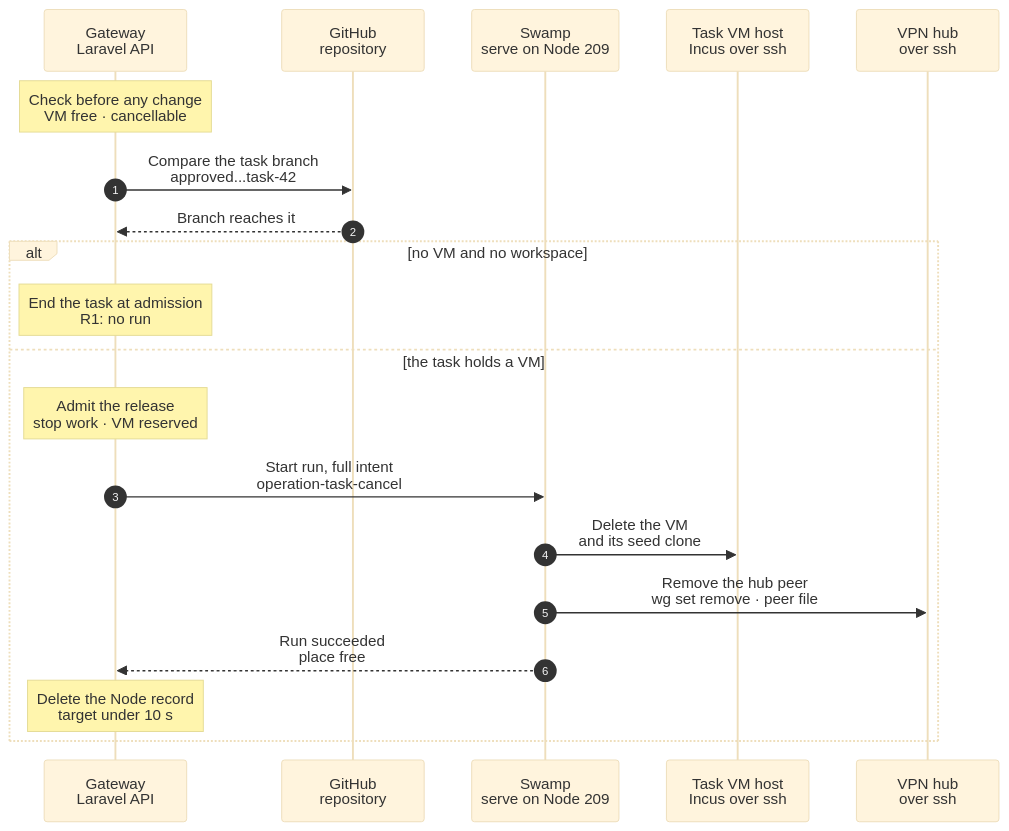
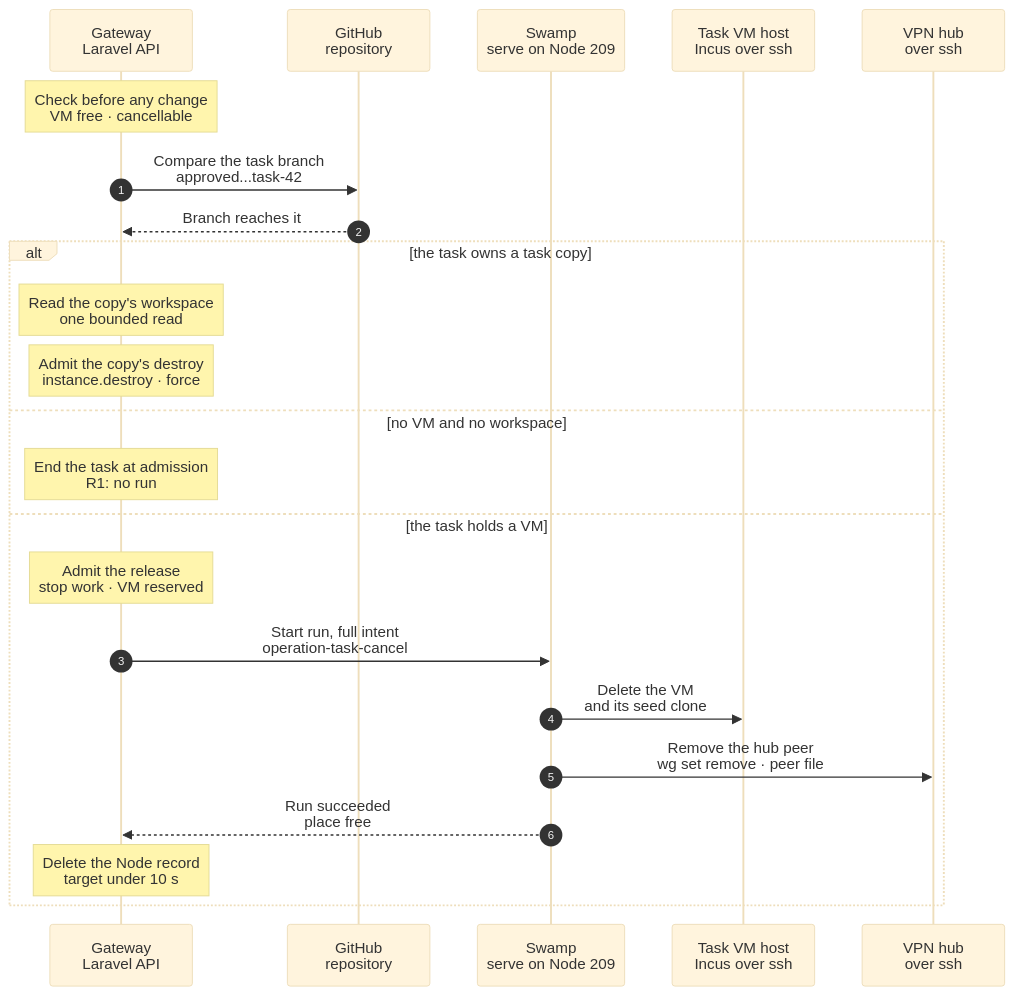
One commit to hardimpactdev/orbit changed the diagram in docs/cli/task/cancel.mmd. Above: the diagram before and after it, drawn with Mermaid (base theme). The commit also changed 6 other files, not shown here.

Commit message:
docs(tasks): a task of a nested-fleet Project starts as a copy of its default

```diff
--- a/docs/cli/task/cancel.mmd
+++ b/docs/cli/task/cancel.mmd
@@ -1,59 +1,72 @@
 sequenceDiagram
   %% Target design (agreed with Nick, 2026-11-07): a task VM and its identity are disposable; the release frees its place. Orchestrator 2026-11-08: keeping approved work is a precondition of the cancel, not a step of it.
+  %% Orchestrator 2026-11-13: a task copy ends through its Instance destroy; the cancel records the copy's unpushed work and does not block on it.
   %% status: draft
   %% command: task:cancel
   %% kind: tasks.cancel
   autonumber
   %% lane GW icon=gateway pill=intent tone=blue
   %% lane GH icon=server pill=target tone=purple
   %% lane SW icon=workflow pill=executes tone=green
   %% lane H icon=server pill=target tone=amber
   %% lane HUB icon=server pill=target tone=purple
   participant GW as Gateway<br/>Laravel API
   participant GH as GitHub<br/>repository
   participant SW as Swamp<br/>serve on Node 209
   participant H as Task VM host<br/>Incus over ssh
   participant HUB as VPN hub<br/>over ssh
   Note over GW: Check before any change<br/>VM free · cancellable
   %%> Requirements:
   %%> - no Operation is open on the group's task VM, such as a resume or an earlier release; otherwise HTTP 409 `operation.target_busy`, naming it
   %%> - the group is cancellable; otherwise `tasks.not_cancellable`
   %%> - every refusal here and in the next step comes before the cancel stops running work, so a refused cancel changes nothing
   GW->>GH: Compare the task branch<br/>approved...task-42
   %%> What it does:
   %%> - resolves the group's latest approved commit: the latest commit Orbit reviewed (ADR 0203), or else the commit of the latest approval
   %%> - reads origin's task branch head and compares it with that commit, with a `contents: read` token
   %%> - only when GitHub answers that the branch does not exist (404) and the group's pull request merged does that pull request's head stand in; the pull request is read with a `pull_requests: read` token
   %%> - skipped when the group has no approval, or holds no workspace and no task VM
   GH-->>GW: Branch reaches it
   %%> Result:
   %%> - otherwise the cancel refuses with HTTP 409 `tasks.approved_work_unpublished`, names the commit and the branch, and admits nothing: run `task:publish` first, which resumes a parked VM
   %%> - every other outcome refuses the same way: a GitHub read that fails, a branch that is gone without a merged pull request
-  alt no VM and no workspace
+  alt the task owns a task copy
+    Note over GW: Read the copy's workspace<br/>one bounded read
+    %%> What it does:
+    %%> - one SSH call to the copy's Node, bounded at 4 s, reads what the copy holds beyond its seed: commits that origin lacks, uncommitted, untracked and stashed files
+    %%> - a stopped or unreachable copy reads `unknown` with its reason; the cancel goes on
+    Note over GW: Admit the copy's destroy<br/>instance.destroy · force
+    %%> Requirements:
+    %%> - no Operation holds the copy, such as its create or an earlier destroy; otherwise HTTP 409 `operation.target_busy`, naming it
+    %%> Result:
+    %%> - the cancel is recorded as succeeded at once (R1); its result names the destroy Operation and holds the workspace read, so unpushed work is never lost without a record
+    %%> - the destroy runs as every Instance destroy does; when it succeeds, the task and its open subtasks are `cancelled` and the task lets go of the copy
+    %%> - when it fails, the task runs on and keeps the copy; the next cancel admits the destroy again
+  else no VM and no workspace
     Note over GW: End the task at admission<br/>R1: no run
     %%> When:
     %%> - the task holds no task VM and no workspace, such as a `todo` task or one that waits for a place; its waiting Operation is cancelled first
     %%> Result:
     %%> - in the admission transaction, the task and its open subtasks are `cancelled` and the Operation is recorded as succeeded; no Swamp run starts (R1)
     %%> - the HTTP 202 already carries the succeeded Operation, so `task:show` reads `cancelled` from then on
   else the task holds a VM
     Note over GW: Admit the release<br/>stop work · VM reserved
     %%> What it does:
     %%> - cancellation takes precedence over the group's capacity wait or running task; cancel that task before acquiring its group lock for cleanup
     %%> - stops the group's running work, then, in one transaction, locks and re-reads the VM, refuses if an Operation opened on it meanwhile, and marks it `releasing`, so no later resume starts it
     %%> Result:
     %%> - the run carries only the release; it pushes nothing and never starts a parked VM
     %%> - a start that Swamp refuses fails the cancel and marks the VM `failed`, so the reservation goes and another cancel reserves it again
     GW->>SW: Start run, full intent<br/>operation-task-cancel
     SW->>H: Delete the VM<br/>and its seed clone
     %%> What it does:
     %%> - one host phase: `incus delete --force`, the seed clone and the identity volume; a few seconds
     SW->>HUB: Remove the hub peer<br/>wg set remove · peer file
     %%> Runs beside the step before it: Swamp starts both at once.
     %%> What it does:
     %%> - the VM's peer leaves the WireGuard hub; the Pi token goes with the VM. There is no model key to revoke: the fixed key stays with the guard, for every other VM
     SW-->>GW: Run succeeded<br/>place free
     Note over GW: Delete the Node record<br/>target under 10 s
     %%> Result:
     %%> - the Node, its role and its Process go; the place is free for the next task start
   end
```
